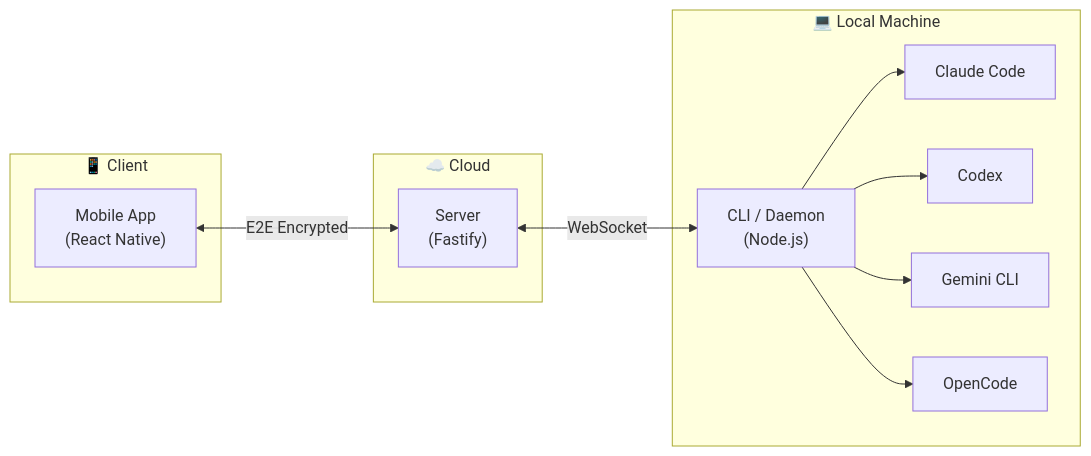
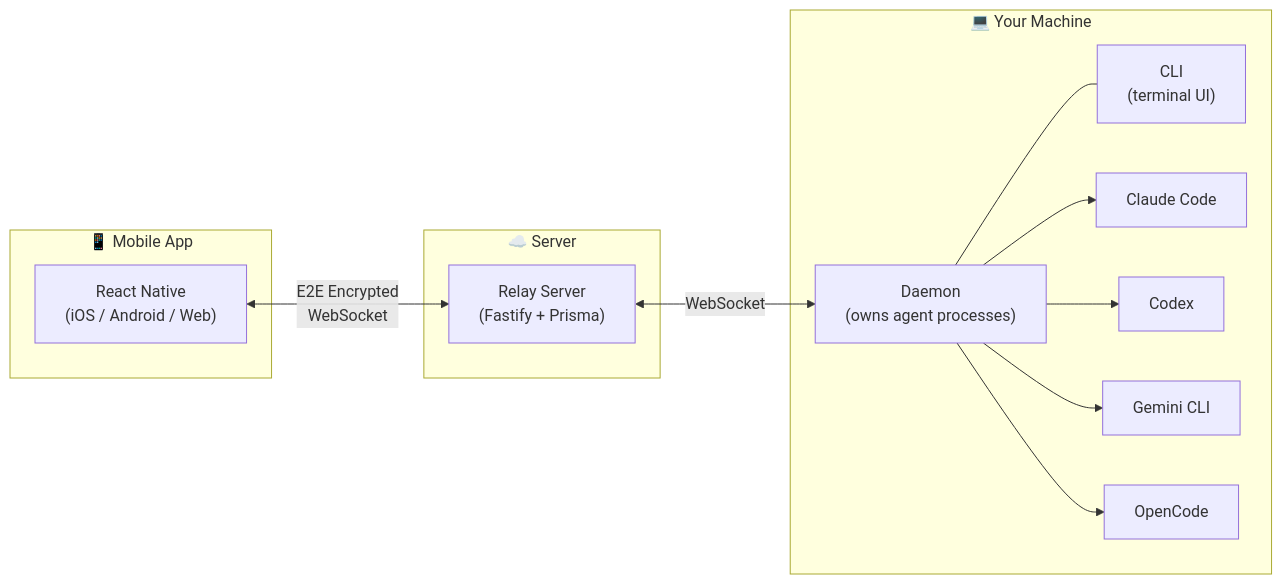
Before and after one commit to saaskit-dev/agentbridge: the diagram in README.md, drawn with Mermaid. The commit also changed other lines of this file and 355 other files, not shown here.

First line of the commit message:
feat: daemon-agent 架构重构、session capabilities、安全加固

````diff
--- a/README.md
+++ b/README.md
@@ -22,25 +41,23 @@
 ```mermaid
 flowchart LR
-    subgraph Client["📱 Client"]
-        App["Mobile App<br/>(React Native)"]
+    subgraph Phone["📱 Mobile App"]
+        App["React Native<br/>(iOS / Android / Web)"]
     end
 
-    subgraph Cloud["☁️ Cloud"]
-        Server["Server<br/>(Fastify)"]
+    subgraph Cloud["☁️ Server"]
+        Server["Relay Server<br/>(Fastify + Prisma)"]
     end
 
-    subgraph Local["💻 Local Machine"]
-        CLI["CLI / Daemon<br/>(Node.js)"]
-        Claude["Claude Code"]
-        Codex["Codex"]
-        Gemini["Gemini CLI"]
-        OpenCode["OpenCode"]
+    subgraph Local["💻 Your Machine"]
+        Daemon["Daemon<br/>(owns agent processes)"]
+        CLI["CLI<br/>(terminal UI)"]
+        Daemon --- CLI
+        Daemon --> Claude["Claude Code"]
+        Daemon --> Codex["Codex"]
+        Daemon --> Gemini["Gemini CLI"]
+        Daemon --> OpenCode["OpenCode"]
     end
 
-    App <-->|"E2E Encrypted"| Server
-    Server <-->|"WebSocket"| CLI
-    CLI --> Claude
-    CLI --> Codex
-    CLI --> Gemini
-    CLI --> OpenCode
+    App <-->|"E2E Encrypted<br/>WebSocket"| Server
+    Server <-->|"WebSocket"| Daemon
 ```
````
